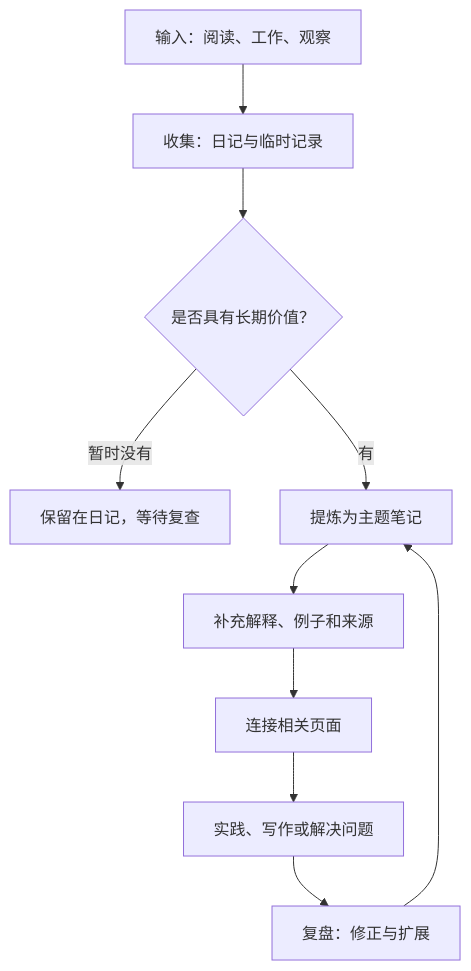
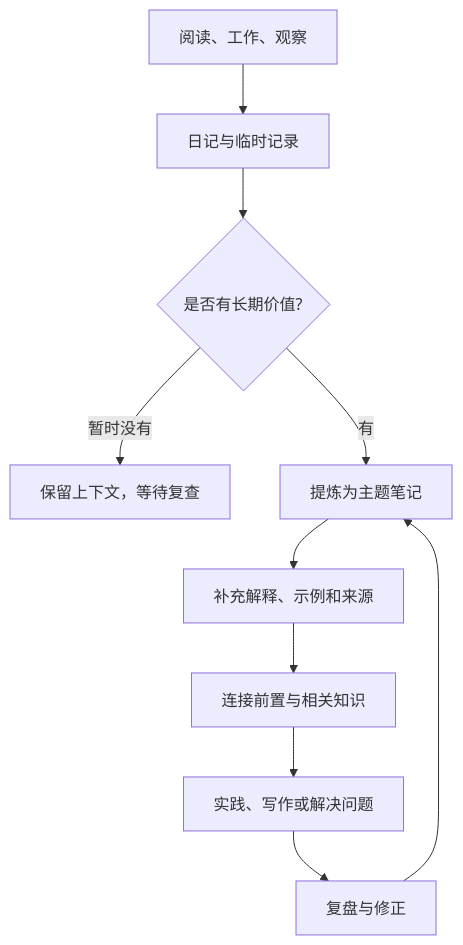
The first of 2 diagrams in pages/知识库导航.md (ilikui/Notes), drawn with Mermaid before and after one commit. The commit also changed other lines of this file and 11 other files, not shown here.

````diff
--- a/pages/知识库导航.md
+++ b/pages/知识库导航.md
@@ -7,12 +7,12 @@
 ```mermaid
 flowchart TD
-    A[输入：阅读、工作、观察] --> B[收集：日记与临时记录]
-    B --> C{是否具有长期价值？}
-    C -- 暂时没有 --> D[保留在日记，等待复查]
+    A[阅读、工作、观察] --> B[日记与临时记录]
+    B --> C{是否有长期价值?}
+    C -- 暂时没有 --> D[保留上下文，等待复查]
     C -- 有 --> E[提炼为主题笔记]
-    E --> F[补充解释、例子和来源]
-    F --> G[连接相关页面]
+    E --> F[补充解释、示例和来源]
+    F --> G[连接前置与相关知识]
     G --> H[实践、写作或解决问题]
-    H --> I[复盘：修正与扩展]
+    H --> I[复盘与修正]
     I --> E
 ```
````
